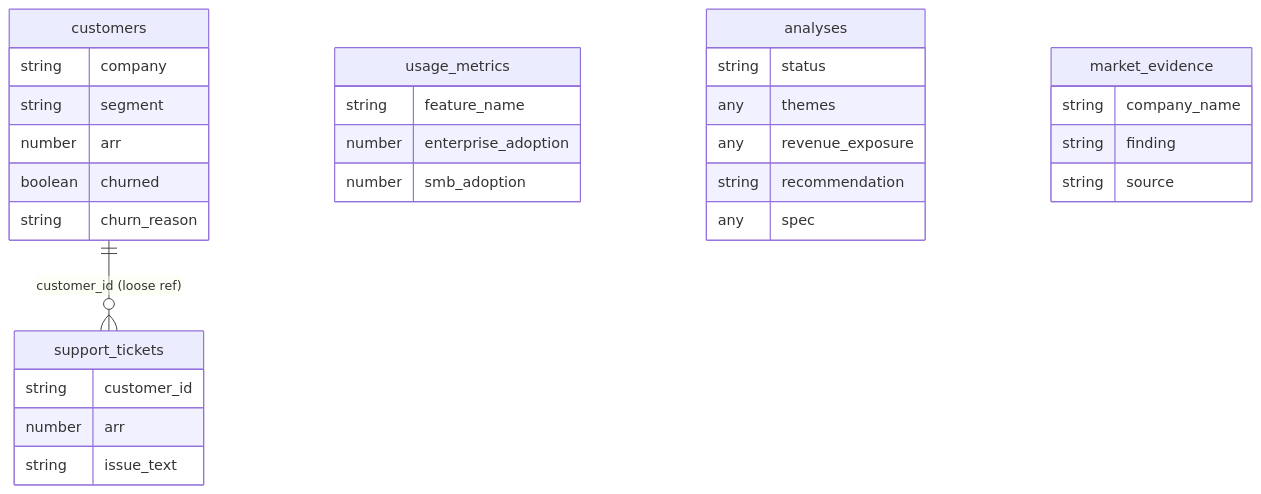
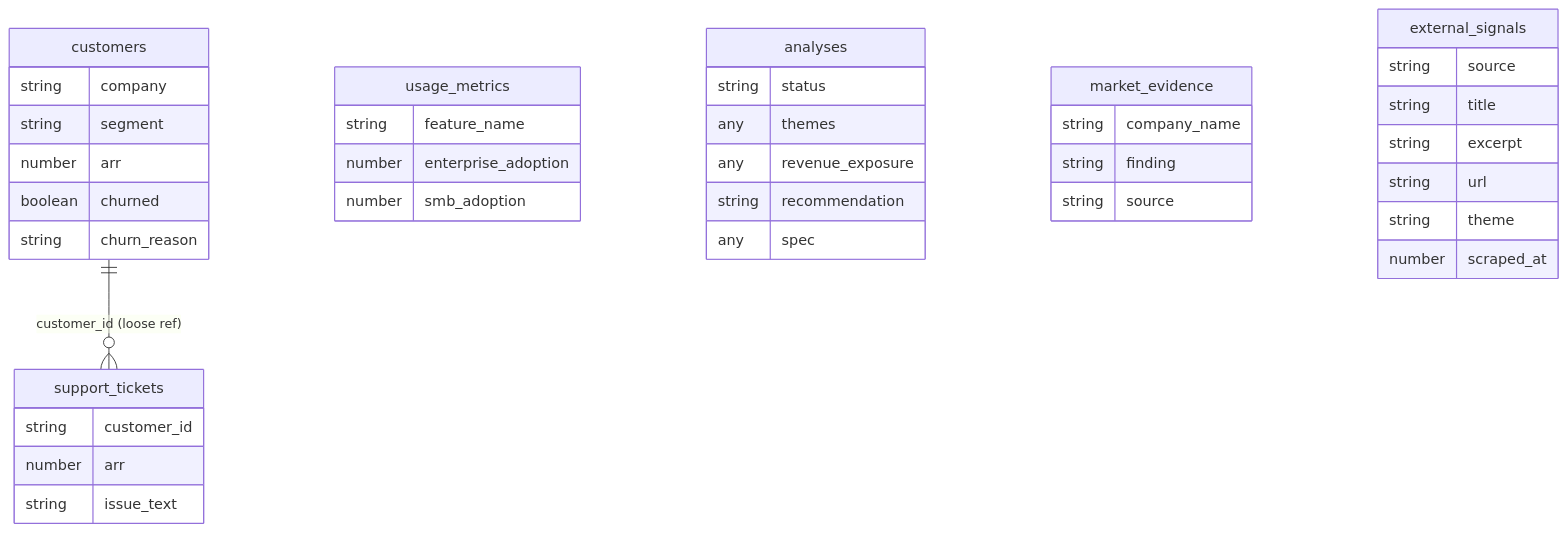
One commit to Raptors65/vector changed the second of 12 diagrams in ARCHITECTURE.md. Above: the diagram before and after it, drawn with Mermaid. The commit also changed other lines of this file and 8 other files, not shown here.

Commit message:
add external signals fetching

````diff
--- a/ARCHITECTURE.md
+++ b/ARCHITECTURE.md
@@ -30,38 +33,47 @@
 ```mermaid
 erDiagram
     customers {
         string company
         string segment
         number arr
         boolean churned
         string churn_reason
     }
 
     support_tickets {
         string customer_id
         number arr
         string issue_text
     }
 
     usage_metrics {
         string feature_name
         number enterprise_adoption
         number smb_adoption
     }
 
     analyses {
         string status
         any themes
         any revenue_exposure
         string recommendation
         any spec
     }
 
     market_evidence {
         string company_name
         string finding
         string source
     }
 
+    external_signals {
+        string source
+        string title
+        string excerpt
+        string url
+        string theme
+        number scraped_at
+    }
+
     customers ||--o{ support_tickets : "customer_id (loose ref)"
 ```
````
